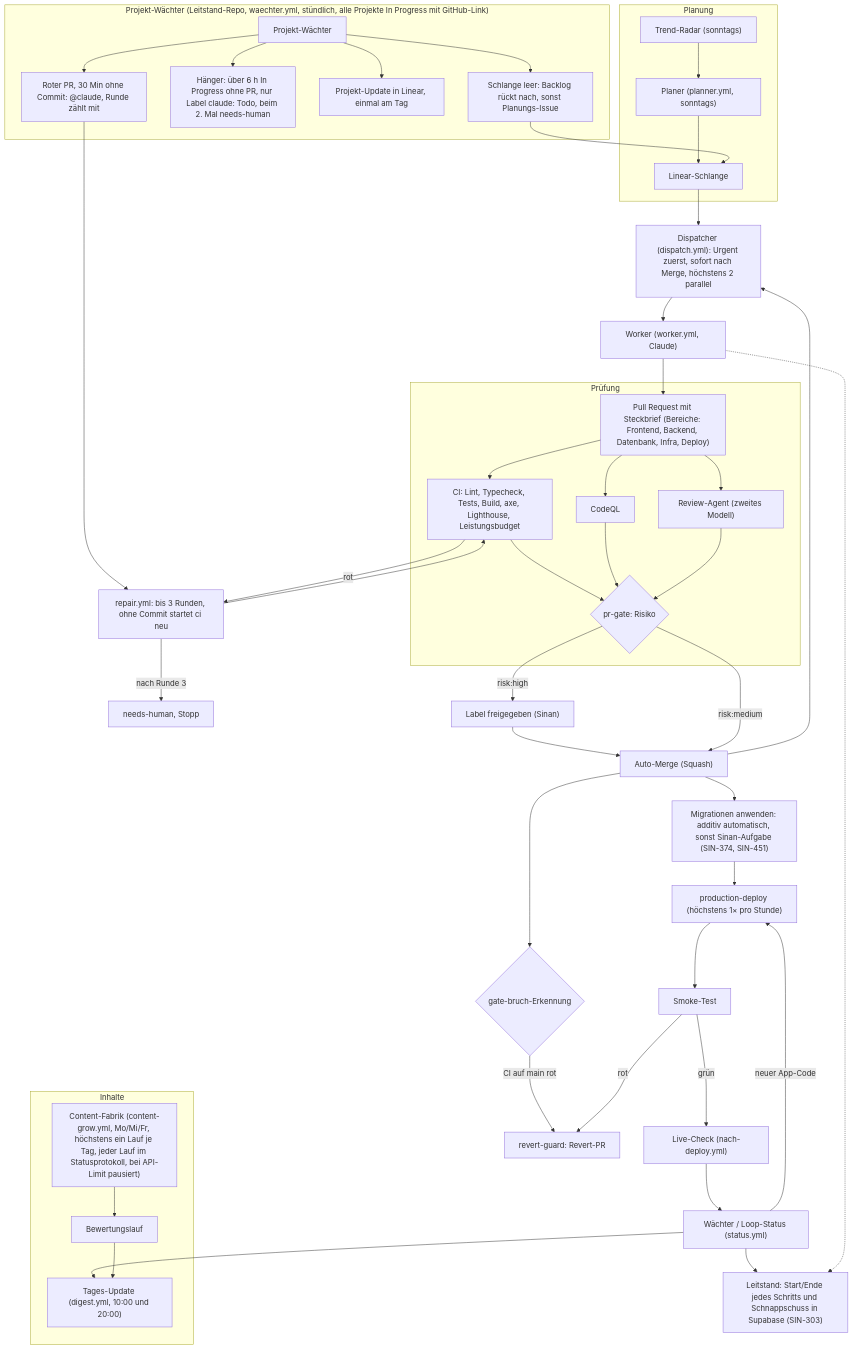
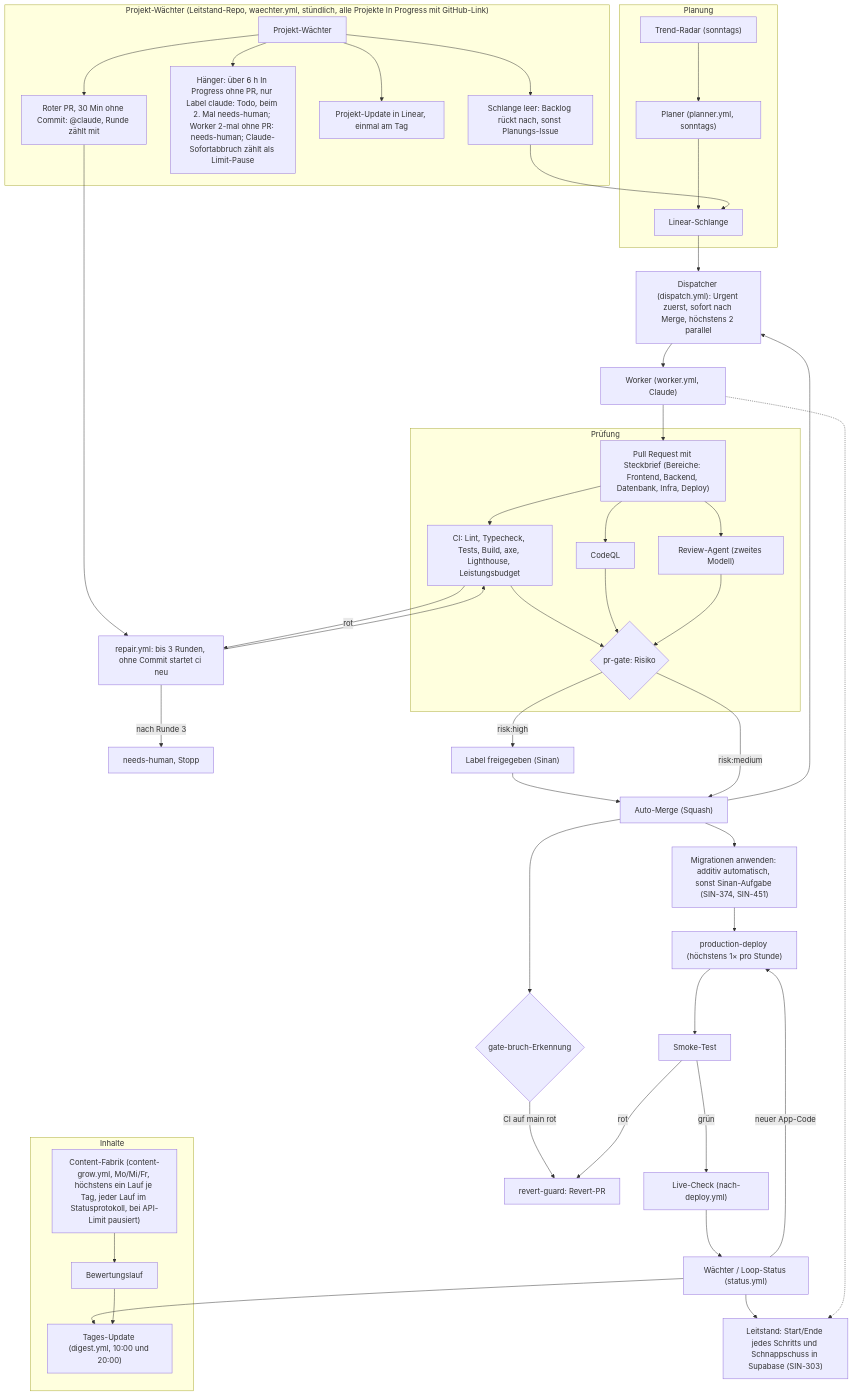
One commit to siinanXD/Content-Agent-Lernapp changed the diagram in README.md. Above: the diagram before and after it, drawn with Mermaid. The commit also changed 15 other files, not shown here.

First line of the commit message:
fix(loop): Claude-Sofortabbruch als Limit erkennen, Stopp bei Läufen ohne PR (SIN-362)

````diff
--- a/README.md
+++ b/README.md
@@ -72,51 +72,51 @@
 ```mermaid
 %% Pipeline-Ablauf des Loops, Stand main 09.10. (SIN-376). Quelle für das FigJam-Board „Pipeline-Ablauf“.
 %% Ändern sich .github/workflows/ oder scripts/autonomy/, diese Datei im selben PR anpassen.
 flowchart TD
   subgraph Planung
     Radar["Trend-Radar (sonntags)"] --> Planer
     Planer["Planer (planner.yml, sonntags)"] --> Schlange["Linear-Schlange"]
   end
   Schlange --> Dispatcher["Dispatcher (dispatch.yml): Urgent zuerst, sofort nach Merge, höchstens 2 parallel"]
   Dispatcher --> Worker["Worker (worker.yml, Claude)"]
   Worker --> PR["Pull Request mit Steckbrief (Bereiche: Frontend, Backend, Datenbank, Infra, Deploy)"]
   subgraph Prüfung
     PR --> CI["CI: Lint, Typecheck, Tests, Build, axe, Lighthouse, Leistungsbudget"]
     PR --> CodeQL["CodeQL"]
     PR --> Review["Review-Agent (zweites Modell)"]
     CI --> Gate{"pr-gate: Risiko"}
     CodeQL --> Gate
     Review --> Gate
   end
   CI -- rot --> Repair["repair.yml: bis 3 Runden, ohne Commit startet ci neu"]
   Repair --> CI
   Repair -- "nach Runde 3" --> Mensch["needs-human, Stopp"]
   Gate -- "risk:high" --> Freigabe["Label freigegeben (Sinan)"]
   Freigabe --> Merge
   Gate -- "risk:medium" --> Merge["Auto-Merge (Squash)"]
   Merge --> Dispatcher
   Merge --> Migr["Migrationen anwenden: additiv automatisch, sonst Sinan-Aufgabe (SIN-374, SIN-451)"]
   Merge --> Bruch{"gate-bruch-Erkennung"}
   Bruch -- "CI auf main rot" --> Revert["revert-guard: Revert-PR"]
   Migr --> Deploy["production-deploy (höchstens 1× pro Stunde)"]
   Deploy --> Smoke["Smoke-Test"]
   Smoke -- rot --> Revert
   Smoke -- grün --> Live["Live-Check (nach-deploy.yml)"]
   Live --> Waechter["Wächter / Loop-Status (status.yml)"]
   Waechter -- "neuer App-Code" --> Deploy
   Waechter --> Update["Tages-Update (digest.yml, 10:00 und 20:00)"]
   Waechter --> Leitstand["Leitstand: Start/Ende jedes Schritts und Schnappschuss in Supabase (SIN-303)"]
   Worker -.-> Leitstand
   subgraph Projektwaechter["Projekt-Wächter (Leitstand-Repo, waechter.yml, stündlich, alle Projekte In Progress mit GitHub-Link)"]
     PW["Projekt-Wächter"] --> PWS["Schlange leer: Backlog rückt nach, sonst Planungs-Issue"]
-    PW --> PWH["Hänger: über 6 h In Progress ohne PR, nur Label claude: Todo, beim 2. Mal needs-human"]
+    PW --> PWH["Hänger: über 6 h In Progress ohne PR, nur Label claude: Todo, beim 2. Mal needs-human; Worker 2-mal ohne PR: needs-human; Claude-Sofortabbruch zählt als Limit-Pause"]
     PW --> PWU["Projekt-Update in Linear, einmal am Tag"]
     PW --> PWR["Roter PR, 30 Min ohne Commit: @claude, Runde zählt mit"]
   end
   PWS --> Schlange
   PWR --> Repair
   subgraph Inhalte
     Fabrik["Content-Fabrik (content-grow.yml, Mo/Mi/Fr, höchstens ein Lauf je Tag, jeder Lauf im Statusprotokoll, bei API-Limit pausiert)"] --> Bewertung["Bewertungslauf"]
     Bewertung --> Update
   end
 ```
````
